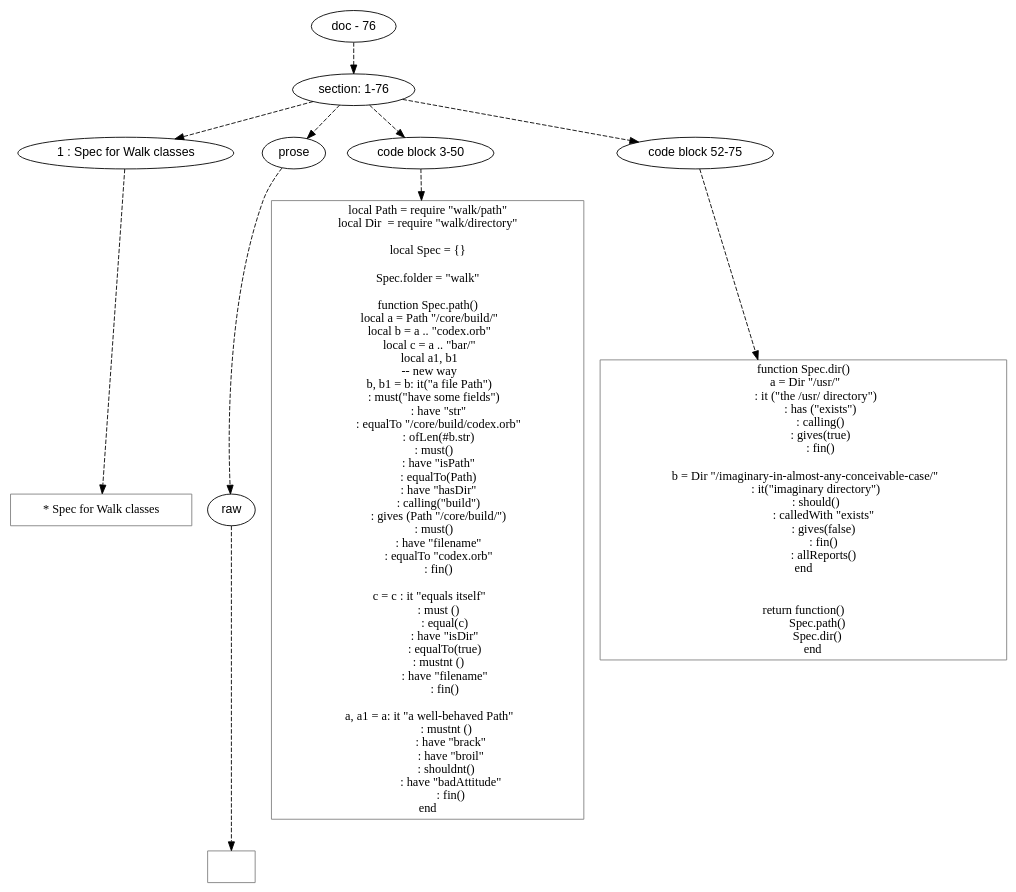
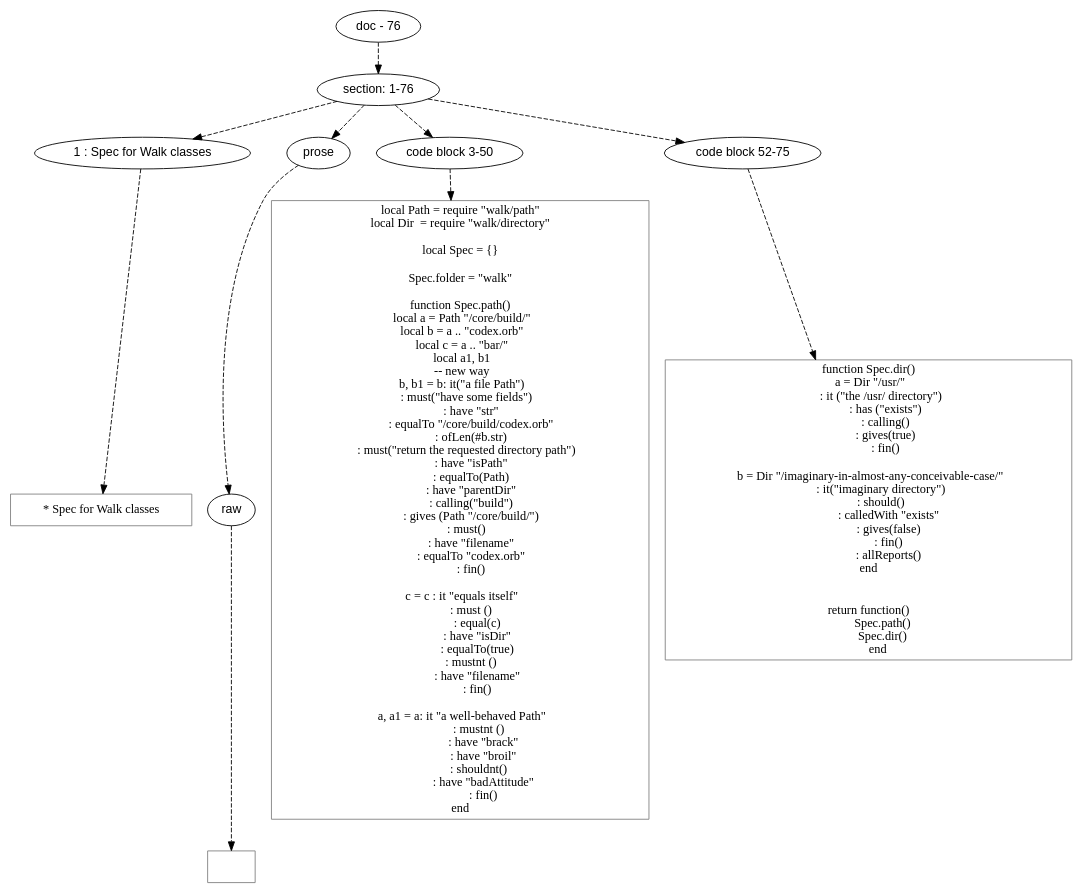
One commit to mnemnion/orb changed the diagram in doc/dot/spec/walk-spec.dot. Above: the diagram before and after it, drawn with Graphviz. The commit also changed 9 other files, not shown here.

```diff
--- a/doc/dot/spec/walk-spec.dot
+++ b/doc/dot/spec/walk-spec.dot
@@ -1,123 +1,123 @@
 digraph lpegNode {
 
 node [fontname=Helvetica]
 edge [style=dashed]
 
 doc_0 [label="doc - 76"]
 
 
 doc_0 -> { section_1}
 {rank=same; section_1}
 
 section_1 [label="section: 1-76"]
 
 
 // END RANK doc_0
 
 section_1 -> { header_2 prose_3 codeblock_4 codeblock_5}
 {rank=same; header_2 prose_3 codeblock_4 codeblock_5}
 
 header_2 [label="1 : Spec for Walk classes"]
 
 prose_3 [label="prose"]
 
 codeblock_4 [label="code block 3-50"]
 
 codeblock_5 [label="code block 52-75"]
 
 
 // END RANK section_1
 
 header_2 -> leaf_6
 leaf_6  [color=Gray,shape=rectangle,fontname=Inconsolata,label="* Spec for Walk classes"]
 // END RANK header_2
 
 prose_3 -> { raw_7}
 {rank=same; raw_7}
 
 raw_7 [label="raw"]
 
 
 // END RANK prose_3
 
 raw_7 -> leaf_8
 leaf_8  [color=Gray,shape=rectangle,fontname=Inconsolata,label="
 "]
 // END RANK raw_7
 
 codeblock_4 -> leaf_9
 leaf_9  [color=Gray,shape=rectangle,fontname=Inconsolata,label="local Path = require \"walk/path\"
 local Dir  = require \"walk/directory\"
 
 local Spec = {}
 
 Spec.folder = \"walk\"
 
 function Spec.path()
   local a = Path \"/core/build/\"
   local b = a .. \"codex.orb\"
   local c = a .. \"bar/\"
   local a1, b1
   -- new way
   b, b1 = b: it(\"a file Path\")
      : must(\"have some fields\")
         : have \"str\"
         : equalTo \"/core/build/codex.orb\"
         : ofLen(#b.str)
-     : must()
+     : must(\"return the requested directory path\")
         : have \"isPath\"
         : equalTo(Path)
-        : have \"hasDir\"
+        : have \"parentDir\"
         : calling(\"build\")
         : gives (Path \"/core/build/\")
      : must()
         : have \"filename\"
         : equalTo \"codex.orb\"
         : fin()
 
   c = c : it \"equals itself\"
         : must ()
             : equal(c)
             : have \"isDir\"
             : equalTo(true)
         : mustnt ()
             : have \"filename\"
             : fin()
 
   a, a1 = a: it \"a well-behaved Path\"
              : mustnt ()
                 : have \"brack\"
                 : have \"broil\"
              : shouldnt()
                 : have \"badAttitude\"
                 : fin()
 end"]
 // END RANK codeblock_4
 
 codeblock_5 -> leaf_10
 leaf_10  [color=Gray,shape=rectangle,fontname=Inconsolata,label="function Spec.dir()
   a = Dir \"/usr/\"
          : it (\"the /usr/ directory\")
             : has (\"exists\")
             : calling()
             : gives(true)
             : fin()
 
   b = Dir \"/imaginary-in-almost-any-conceivable-case/\"
          : it(\"imaginary directory\")
          : should()
               : calledWith \"exists\"
               : gives(false)
               : fin()
               : allReports()
 end
 
 
 return function()
           Spec.path()
           Spec.dir()
        end"]
 // END RANK codeblock_5
 
 
 }
```
